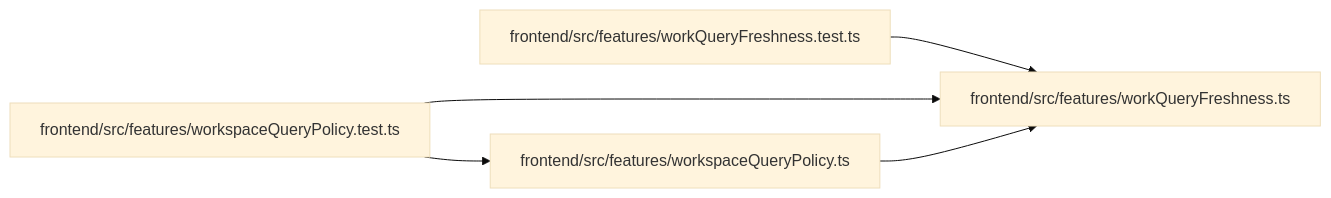
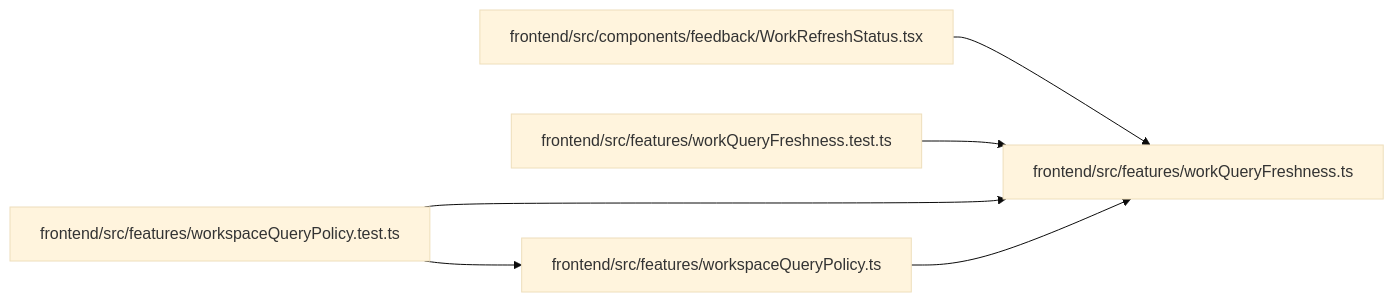
Before and after one commit to Denissvgn/WorkChord: the diagram in docs/llm_wiki/modules/workQueryFreshness.md, drawn with Mermaid (base theme). The commit also changed other lines of this file and 392 other files, not shown here.

````diff
--- a/docs/llm_wiki/modules/workQueryFreshness.md
+++ b/docs/llm_wiki/modules/workQueryFreshness.md
@@ -28,15 +26,18 @@
 ```mermaid
 flowchart LR
-    n0["frontend/src/features/workQueryFreshness.test.ts"]
-    n1["frontend/src/features/workQueryFreshness.ts"]
-    n2["frontend/src/features/workspaceQueryPolicy.test.ts"]
-    n3["frontend/src/features/workspaceQueryPolicy.ts"]
-    n0 --> n1
-    n2 --> n1
-    n2 --> n3
-    n3 --> n1
-    click n0 "../modules/workQueryFreshness.test.md"
-    click n1 "../modules/workQueryFreshness.md"
-    click n2 "../modules/workspaceQueryPolicy.test.md"
-    click n3 "../modules/workspaceQueryPolicy.md"
+    n0["frontend/src/components/feedback/WorkRefreshStatus.tsx"]
+    n1["frontend/src/features/workQueryFreshness.test.ts"]
+    n2["frontend/src/features/workQueryFreshness.ts"]
+    n3["frontend/src/features/workspaceQueryPolicy.test.ts"]
+    n4["frontend/src/features/workspaceQueryPolicy.ts"]
+    n0 --> n2
+    n1 --> n2
+    n3 --> n2
+    n3 --> n4
+    n4 --> n2
+    click n0 "../modules/WorkRefreshStatus.md"
+    click n1 "../modules/workQueryFreshness.test.md"
+    click n2 "../modules/workQueryFreshness.md"
+    click n3 "../modules/workspaceQueryPolicy.test.md"
+    click n4 "../modules/workspaceQueryPolicy.md"
 ```
````
